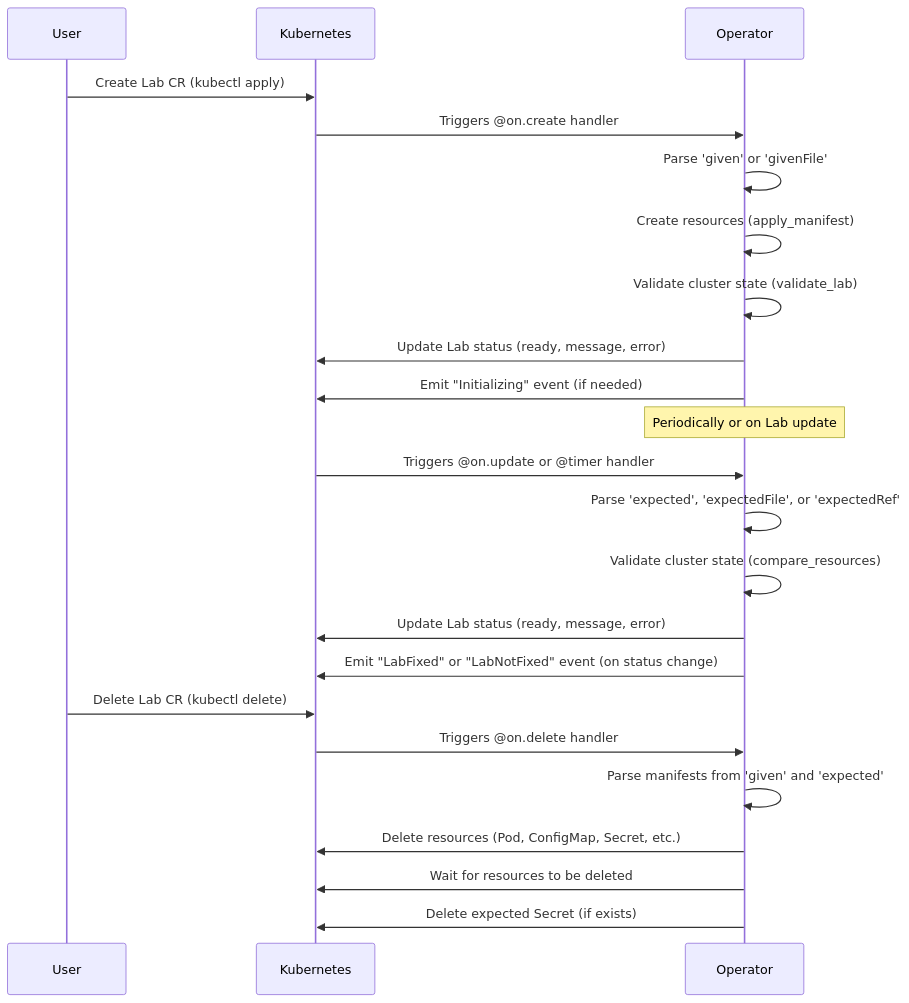
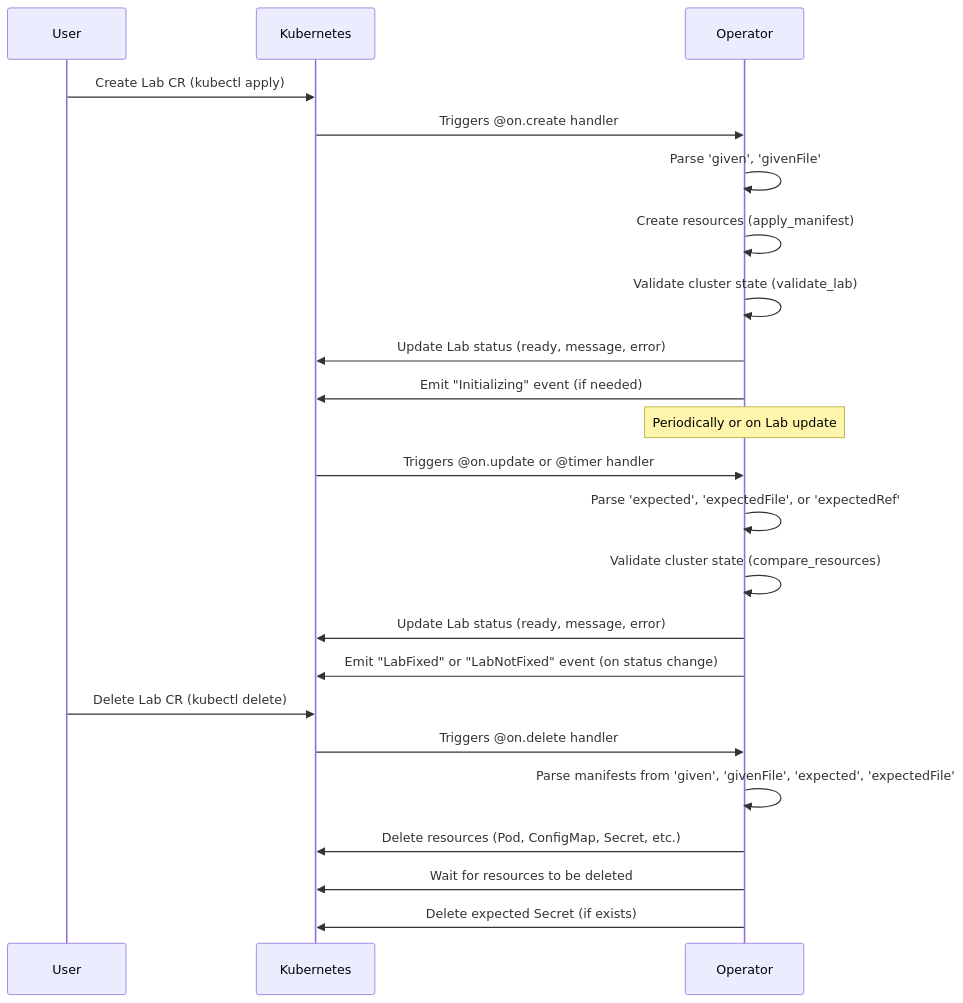
Before and after one commit to skvortsovden/kubernetes-labs-operator: the diagram in readme.md, drawn with Mermaid. The commit also changed other lines of this file, not shown here.

````diff
--- a/readme.md
+++ b/readme.md
@@ -99,30 +128,30 @@
 ```mermaid
 sequenceDiagram
     participant User
     participant Kubernetes
     participant Operator
 
     User->>Kubernetes: Create Lab CR (kubectl apply)
     Kubernetes->>Operator: Triggers @on.create handler
 
-    Operator->>Operator: Parse 'given' or 'givenFile'
+    Operator->>Operator: Parse 'given', 'givenFile'
     Operator->>Operator: Create resources (apply_manifest)
     Operator->>Operator: Validate cluster state (validate_lab)
     Operator->>Kubernetes: Update Lab status (ready, message, error)
     Operator->>Kubernetes: Emit "Initializing" event (if needed)
 
     Note over Operator: Periodically or on Lab update
 
     Kubernetes->>Operator: Triggers @on.update or @timer handler
     Operator->>Operator: Parse 'expected', 'expectedFile', or 'expectedRef'
     Operator->>Operator: Validate cluster state (compare_resources)
     Operator->>Kubernetes: Update Lab status (ready, message, error)
     Operator->>Kubernetes: Emit "LabFixed" or "LabNotFixed" event (on status change)
 
     User->>Kubernetes: Delete Lab CR (kubectl delete)
     Kubernetes->>Operator: Triggers @on.delete handler
-    Operator->>Operator: Parse manifests from 'given' and 'expected'
+    Operator->>Operator: Parse manifests from 'given', 'givenFile', 'expected', 'expectedFile'
     Operator->>Kubernetes: Delete resources (Pod, ConfigMap, Secret, etc.)
     Operator->>Kubernetes: Wait for resources to be deleted
     Operator->>Kubernetes: Delete expected Secret (if exists)
 ```
````
